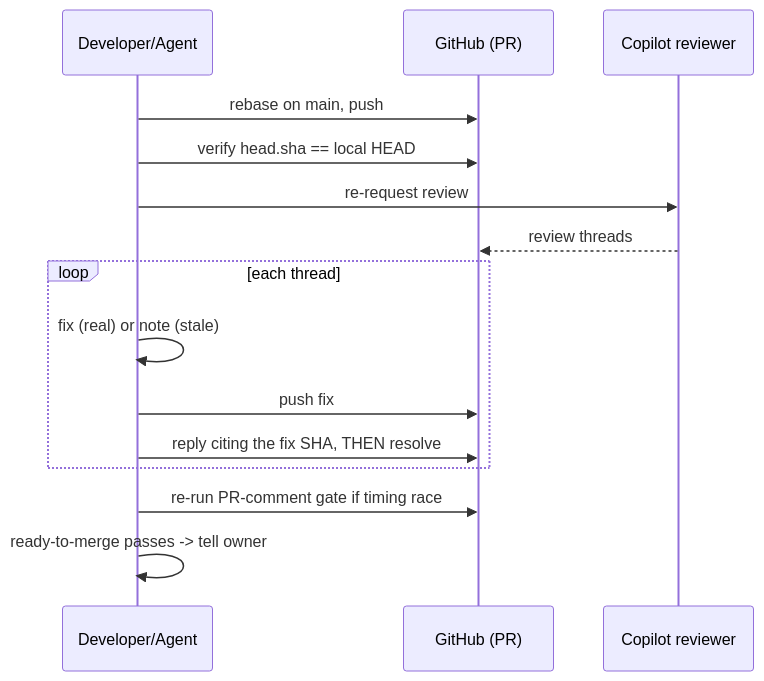
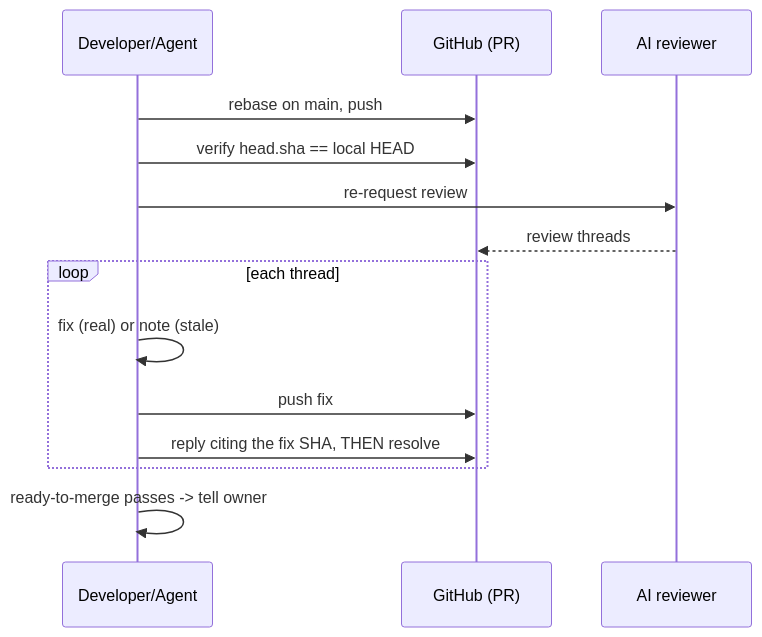
Before and after one commit to erikunha/portfolio: the second of 3 diagrams in docs/handbook/review-merge-release.md, drawn with Mermaid. The commit also changed other lines of this file and 13 other files, not shown here.

````diff
--- a/docs/handbook/review-merge-release.md
+++ b/docs/handbook/review-merge-release.md
@@ -53,17 +53,16 @@
 ```mermaid
 sequenceDiagram
     participant D as Developer/Agent
     participant GH as GitHub (PR)
-    participant CP as Copilot reviewer
+    participant CP as AI reviewer
     D->>GH: rebase on main, push
     D->>GH: verify head.sha == local HEAD
     D->>CP: re-request review
     CP-->>GH: review threads
     loop each thread
         D->>D: fix (real) or note (stale)
         D->>GH: push fix
         D->>GH: reply citing the fix SHA, THEN resolve
     end
-    D->>GH: re-run PR-comment gate if timing race
     D->>D: ready-to-merge passes -> tell owner
 ```
````
